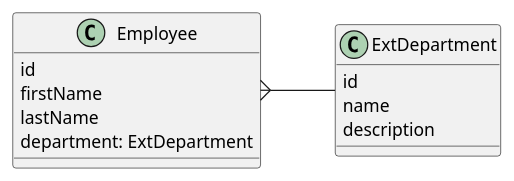
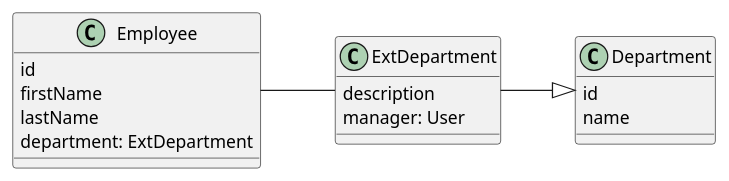
The second of 2 diagrams in content/modules/modularity/pages/extension.adoc (jmix-framework/jmix-docs), drawn with PlantUML before and after one commit. The commit also changed other lines of this file and 8 other files, not shown here.

```diff
--- a/content/modules/modularity/pages/extension.adoc
+++ b/content/modules/modularity/pages/extension.adoc
@@ -51,23 +51,28 @@
 [plantuml]
 ....
 @startuml
 
 left to right direction
 
 class Employee {
     id
     firstName
     lastName
     department: ExtDepartment
 }
 
 class ExtDepartment {
+    description
+    manager: User
+}
+
+class Department {
     id
     name
-    description
 }
 
-Employee }-- ExtDepartment
+Employee -- ExtDepartment
+ExtDepartment --|> Department
 
 @enduml
 ....
```
